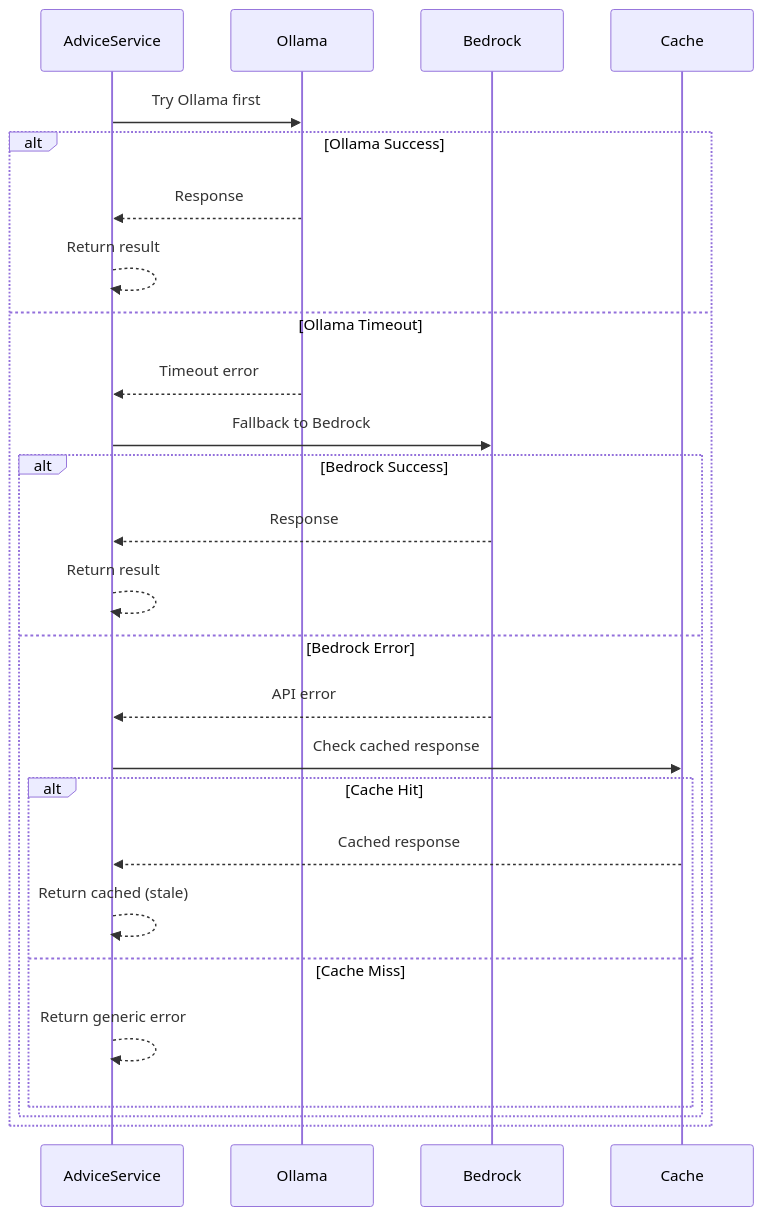
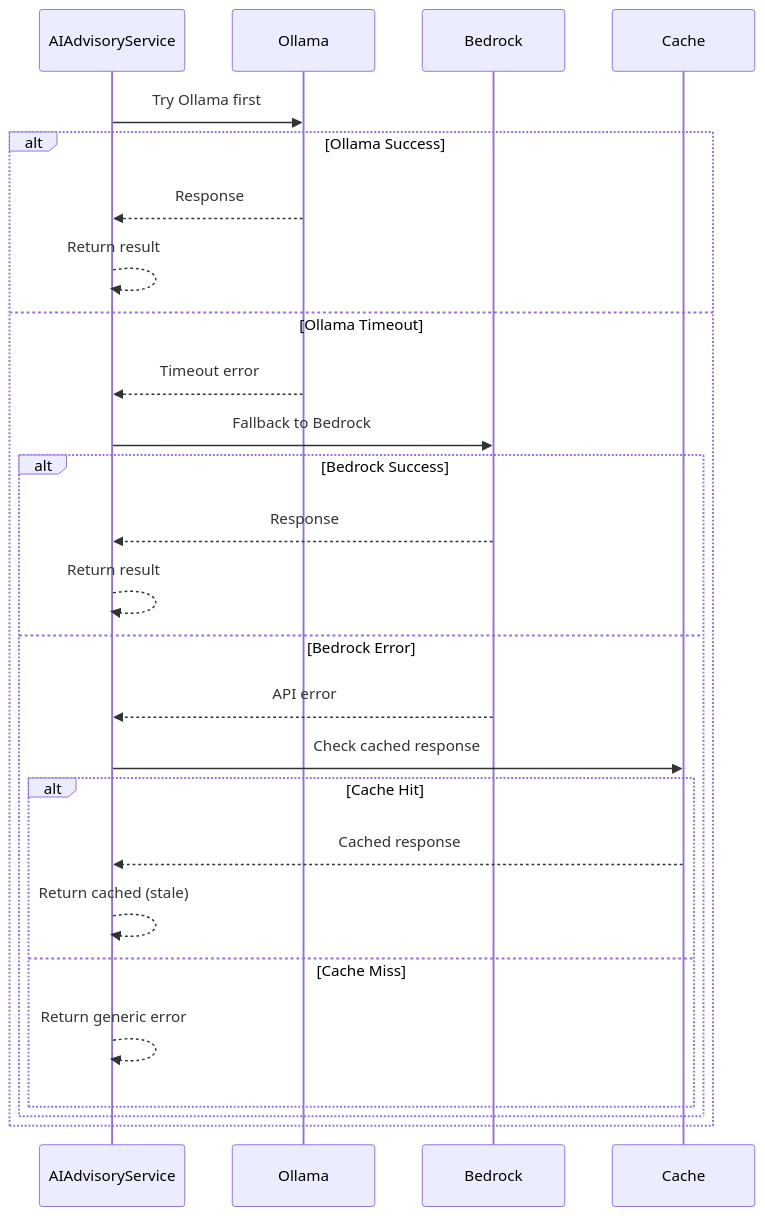
The second of 2 diagrams in docs/01-sequences/SEQ-006_AI_Advice_Generation.md (exatfrds67/umamusume-career-planner), drawn with Mermaid before and after one commit. The commit also changed other lines of this file and 58 other files, not shown here.

Commit message:
docs(flow): fix markdownlint errors in diagrams, flows, sequences, tech-flow, user-flows, and wireframes

````diff
--- a/docs/01-sequences/SEQ-006_AI_Advice_Generation.md
+++ b/docs/01-sequences/SEQ-006_AI_Advice_Generation.md
@@ -795,32 +795,32 @@
 ```mermaid
 sequenceDiagram
-    participant Service as AdviceService
+    participant Service as AIAdvisoryService
     participant Ollama
     participant Bedrock
     participant Cache
     
     Service->>Ollama: Try Ollama first
     
     alt Ollama Success
         Ollama-->>Service: Response
         Service-->>Service: Return result
     else Ollama Timeout
         Ollama-->>Service: Timeout error
         Service->>Bedrock: Fallback to Bedrock
         
         alt Bedrock Success
             Bedrock-->>Service: Response
             Service-->>Service: Return result
         else Bedrock Error
             Bedrock-->>Service: API error
             Service->>Cache: Check cached response
             
             alt Cache Hit
                 Cache-->>Service: Cached response
                 Service-->>Service: Return cached (stale)
             else Cache Miss
                 Service-->>Service: Return generic error
             end
         end
     end
 ```
````
